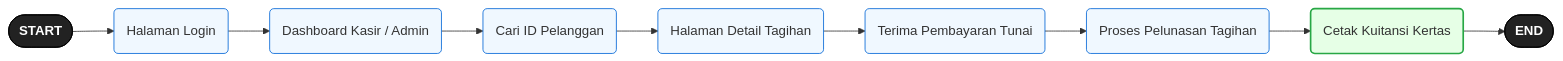
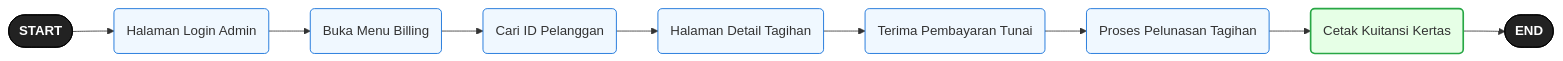
One commit to mbkmmagang26/PDAM_seruyan changed the ninth of 21 diagrams in ANALISIS_PERANCANGAN_SISTEM.md. Above: the diagram before and after it, drawn with Mermaid. The commit also changed other lines of this file and 1 other file, not shown here.

````diff
--- a/ANALISIS_PERANCANGAN_SISTEM.md
+++ b/ANALISIS_PERANCANGAN_SISTEM.md
@@ -273,21 +274,21 @@
 ```mermaid
 flowchart LR
-    S_START([START]) --> A(Halaman Login)
-    A --> B(Dashboard Kasir / Admin)
+    S_START([START]) --> A(Halaman Login Admin)
+    A --> B(Buka Menu Billing)
     B --> C(Cari ID Pelanggan)
     C --> D(Halaman Detail Tagihan)
     D --> E(Terima Pembayaran Tunai)
     E --> F(Proses Pelunasan Tagihan)
     F --> G(Cetak Kuitansi Kertas)
     G --> S_END([END])
 
     style S_START fill:#222,stroke:#000,color:#fff,font-weight:bold
     style S_END fill:#222,stroke:#000,color:#fff,font-weight:bold
     style A fill:#f0f8ff,stroke:#0366d6
     style B fill:#f0f8ff,stroke:#0366d6
     style C fill:#f0f8ff,stroke:#0366d6
     style D fill:#f0f8ff,stroke:#0366d6
     style E fill:#f0f8ff,stroke:#0366d6
     style F fill:#f0f8ff,stroke:#0366d6
     style G fill:#e6ffe6,stroke:#28a745,stroke-width:2px
 ```
````
